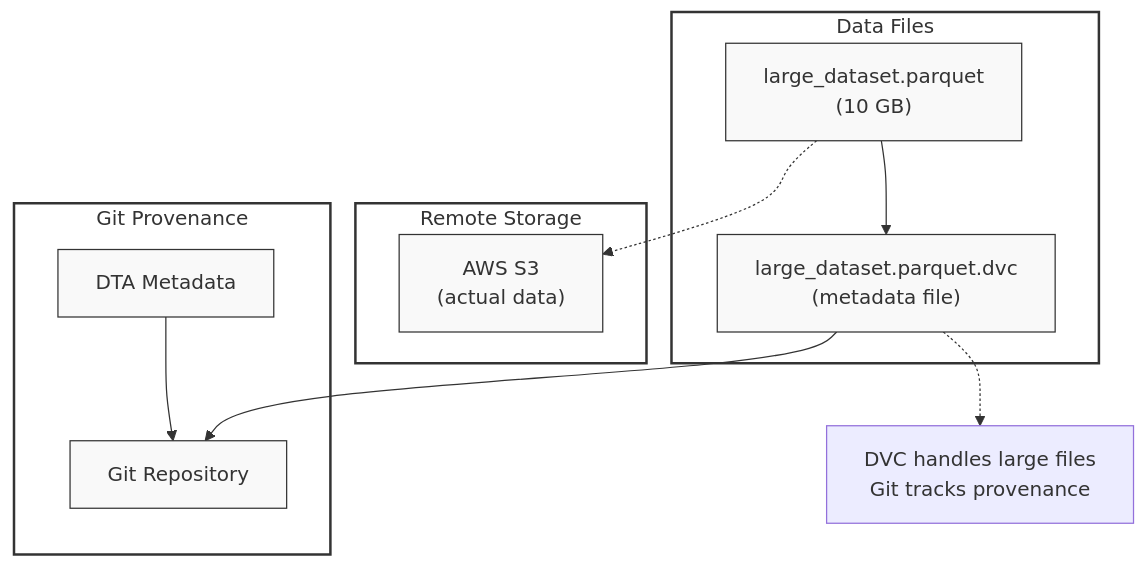
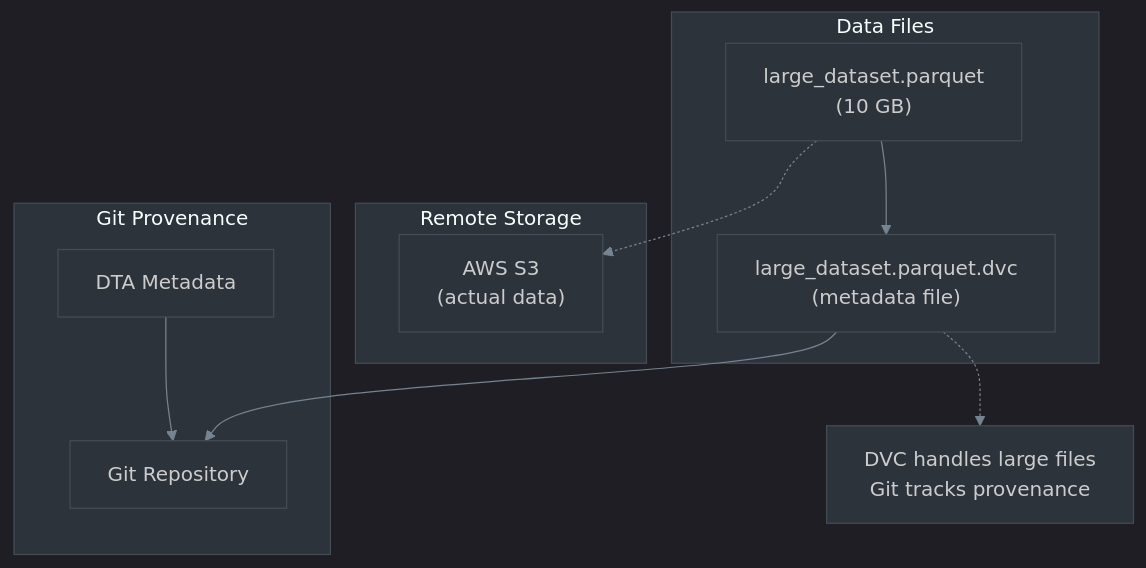
Before and after one commit to Ricoledan/dta-provenance-demo: diagram 11 of 17 in docs/ARCHITECTURE.md, drawn with Mermaid. The commit also changed other lines of this file and 1 other file, not shown here.

First line of the commit message:
Update Mermaid diagrams to dark theme

````diff
--- a/docs/ARCHITECTURE.md
+++ b/docs/ARCHITECTURE.md
@@ -359,33 +304,26 @@
 ```mermaid
+%%{init: {"theme":"dark","themeVariables":{"darkMode":true,"background":"#0d1117","primaryColor":"#2d333b","primaryTextColor":"#e6edf3","primaryBorderColor":"#444c56","lineColor":"#768390","secondaryColor":"#1c2128","tertiaryColor":"#22272e","clusterBkg":"#2d333b","clusterBorder":"#444c56","nodeTextColor":"#e6edf3","mainBkg":"#2d333b","secondBkg":"#22272e","edgeLabelBackground":"#2d333b","nodeBorder":"#444c56"}}}%%
 graph TB
     subgraph Files["Data Files"]
         Large["large_dataset.parquet<br/>(10 GB)"]
         DVC["large_dataset.parquet.dvc<br/>(metadata file)"]
     end
 
     subgraph Storage["Remote Storage"]
         S3["AWS S3<br/>(actual data)"]
     end
 
     subgraph Prov["Git Provenance"]
         Git["Git Repository"]
         Meta["DTA Metadata"]
     end
 
     Large -.-> S3
     Large --> DVC
     DVC --> Git
     Meta --> Git
 
     Note["DVC handles large files<br/>Git tracks provenance"]
     DVC -.-> Note
 
-    style Files fill:#fff,stroke:#333,stroke-width:2px
-    style Storage fill:#fff,stroke:#333,stroke-width:2px
-    style Prov fill:#fff,stroke:#333,stroke-width:2px
-    style Large fill:#f9f9f9,stroke:#333,stroke-width:1px
-    style DVC fill:#f9f9f9,stroke:#333,stroke-width:1px
-    style S3 fill:#f9f9f9,stroke:#333,stroke-width:1px
-    style Git fill:#f9f9f9,stroke:#333,stroke-width:1px
-    style Meta fill:#f9f9f9,stroke:#333,stroke-width:1px
 ```
````
